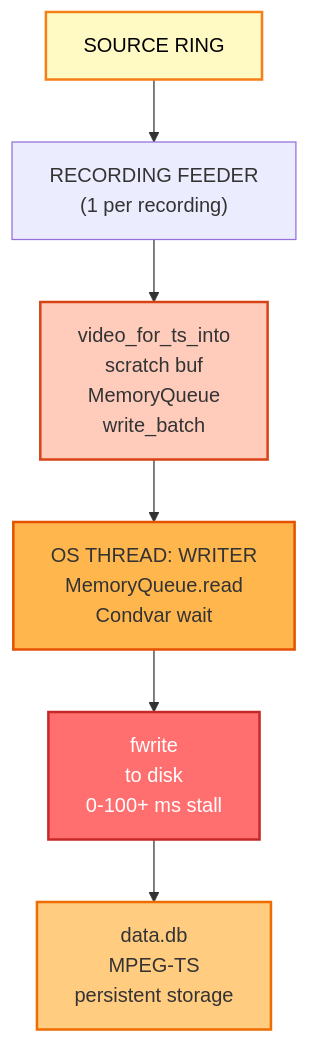
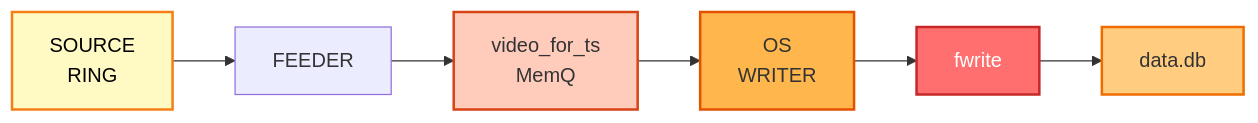
One commit to live-miracles/restream changed diagram 19 of 24 in docs/run-to-completion-analysis.md. Above: the diagram before and after it, drawn with Mermaid. The commit also changed other lines of this file, not shown here.

First line of the commit message:
Restructure diagrams to use horizontal layout for vertical space efficiency

````diff
--- a/docs/run-to-completion-analysis.md
+++ b/docs/run-to-completion-analysis.md
@@ -870,17 +687,10 @@
 ```mermaid
-graph TD
-    A["SOURCE RING"]
-    B["RECORDING FEEDER<br/>(1 per recording)"]
-    C["video_for_ts_into<br/>scratch buf<br/>MemoryQueue<br/>write_batch"]
-    D["OS THREAD: WRITER<br/>MemoryQueue.read<br/>Condvar wait"]
-    E["fwrite<br/>to disk<br/>0-100+ ms stall"]
-    F["data.db<br/>MPEG-TS<br/>persistent storage"]
-    
-    A --> B --> C --> D --> E --> F
+graph LR
+    A["SOURCE<br/>RING"] --> B["FEEDER"] --> C["video_for_ts<br/>MemQ"] --> D["OS<br/>WRITER"] --> E["fwrite"] --> F["data.db"]
     
     style A fill:#fff9c4,stroke:#f57f17,stroke-width:2px,color:#000
     style C fill:#ffccbc,stroke:#d84315,stroke-width:2px,color:#333
     style D fill:#ffb74d,stroke:#e65100,stroke-width:2px,color:#333
     style E fill:#ff6f6f,stroke:#c62828,stroke-width:2px,color:#fff
     style F fill:#ffcc80,stroke:#ef6c00,stroke-width:2px,color:#333
 ```
````
